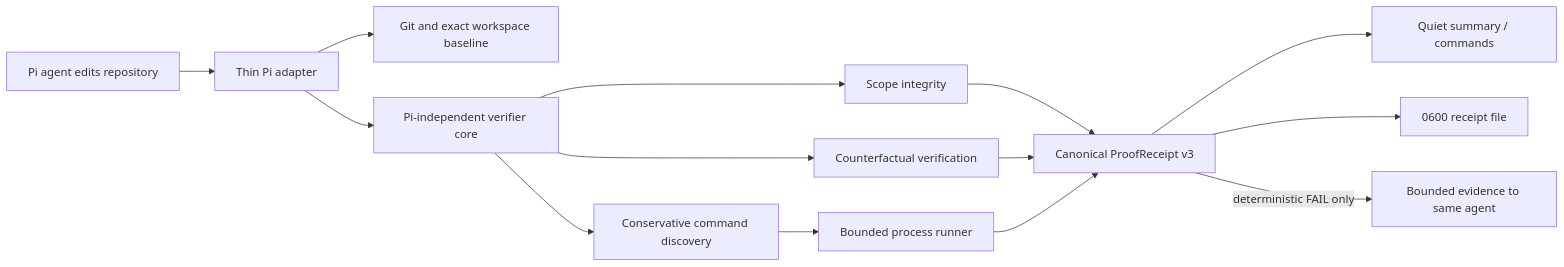
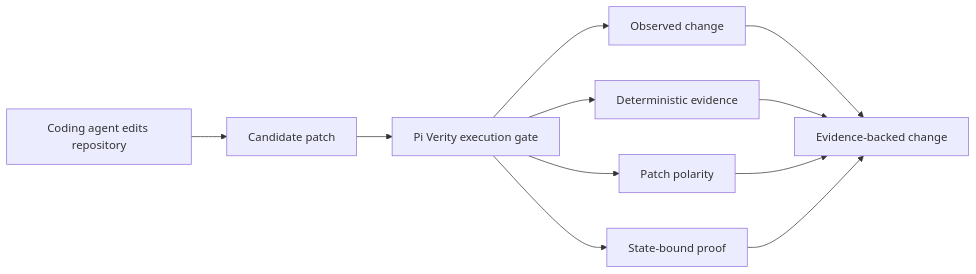
Before and after one commit to pauleschwarz/pi-verity: the diagram in README.md, drawn with Mermaid. The commit also changed other lines of this file and 33 other files, not shown here.

````diff
--- a/README.md
+++ b/README.md
@@ -74,16 +174,13 @@
 ```mermaid
 flowchart LR
-    A[Pi agent edits repository] --> B[Thin Pi adapter]
-    B --> C[Git and exact workspace baseline]
-    B --> D[Pi-independent verifier core]
-    D --> E[Conservative command discovery]
-    D --> F[Scope integrity]
-    D --> G[Counterfactual verification]
-    E --> H[Bounded process runner]
-    F --> I[Canonical ProofReceipt v3]
-    G --> I
-    H --> I
-    I --> J[Quiet summary / commands]
-    I --> K[0600 receipt file]
-    I -->|deterministic FAIL only| L[Bounded evidence to same agent]
+    A[Coding agent edits repository] --> B[Candidate patch]
+    B --> C[Pi Verity execution gate]
+    C --> D[Observed change]
+    C --> E[Deterministic evidence]
+    C --> F[Patch polarity]
+    C --> G[State-bound proof]
+    D --> H[Evidence-backed change]
+    E --> H
+    F --> H
+    G --> H
 ```
````
